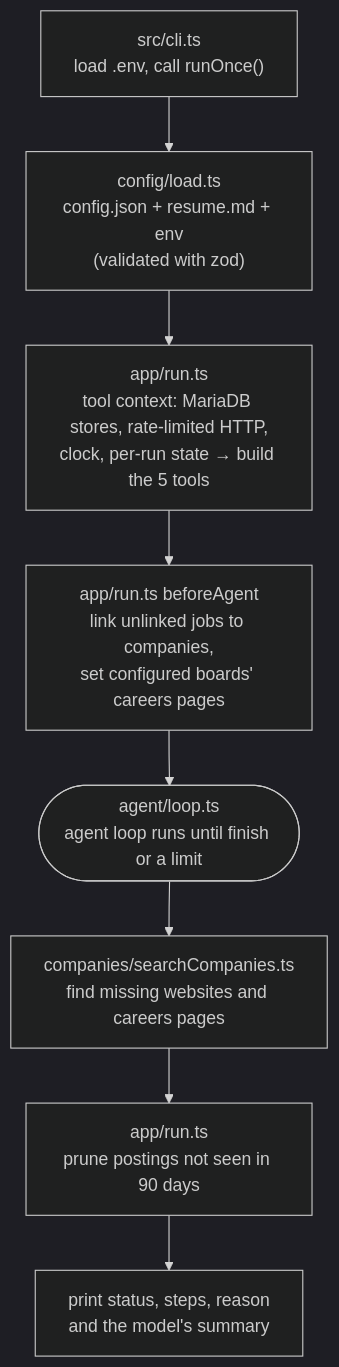
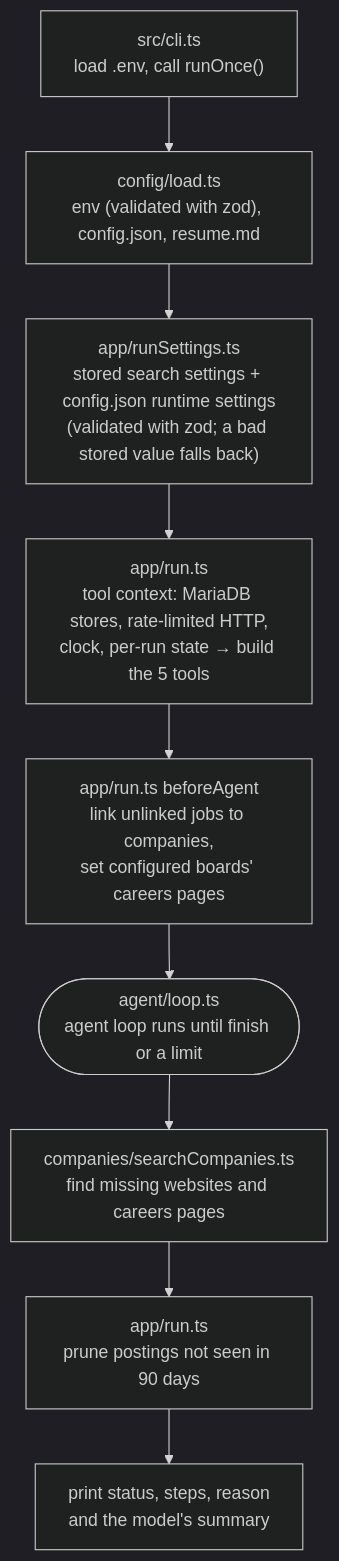
The first of 7 diagrams in README.md (risingfish/myjobbot), drawn with Mermaid (dark theme) before and after one commit. The commit also changed other lines of this file and 5 other files, not shown here.

Commit message:
Document search settings in the database (015 PR 4) (#54)

````diff
--- a/README.md
+++ b/README.md
@@ -414,11 +428,12 @@
 ```mermaid
 flowchart TD
     CLI["src/cli.ts<br/>load .env, call runOnce()"] --> CFG
-    CFG["config/load.ts<br/>config.json + resume.md + env<br/>(validated with zod)"] --> CTX
+    CFG["config/load.ts<br/>env (validated with zod), config.json, resume.md"] --> SET
+    SET["app/runSettings.ts<br/>stored search settings + config.json runtime settings<br/>(validated with zod; a bad stored value falls back)"] --> CTX
     CTX["app/run.ts<br/>tool context: MariaDB stores, rate-limited HTTP,<br/>clock, per-run state → build the 5 tools"] --> LINK
     LINK["app/run.ts beforeAgent<br/>link unlinked jobs to companies,<br/>set configured boards' careers pages"] --> LOOP
     LOOP(["agent/loop.ts<br/>agent loop runs until finish or a limit"]) --> SEARCH
     SEARCH["companies/searchCompanies.ts<br/>find missing websites and careers pages"] --> PRUNE
     PRUNE["app/run.ts<br/>prune postings not seen in 90 days"] --> OUT
     OUT["print status, steps, reason<br/>and the model's summary"]
 ```
````
